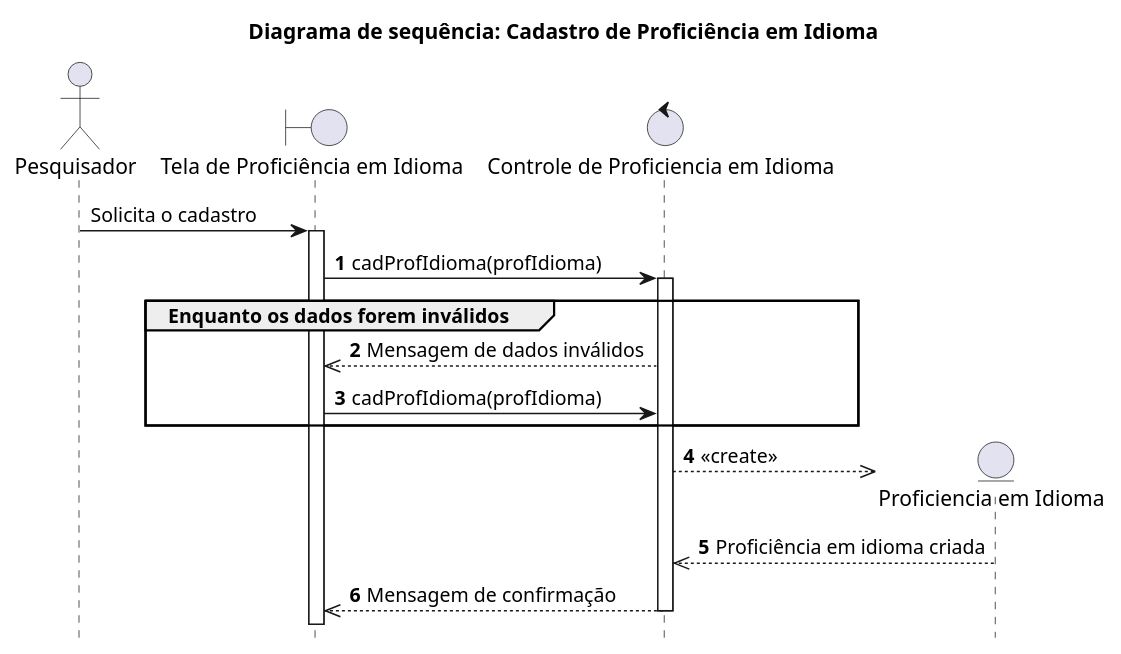
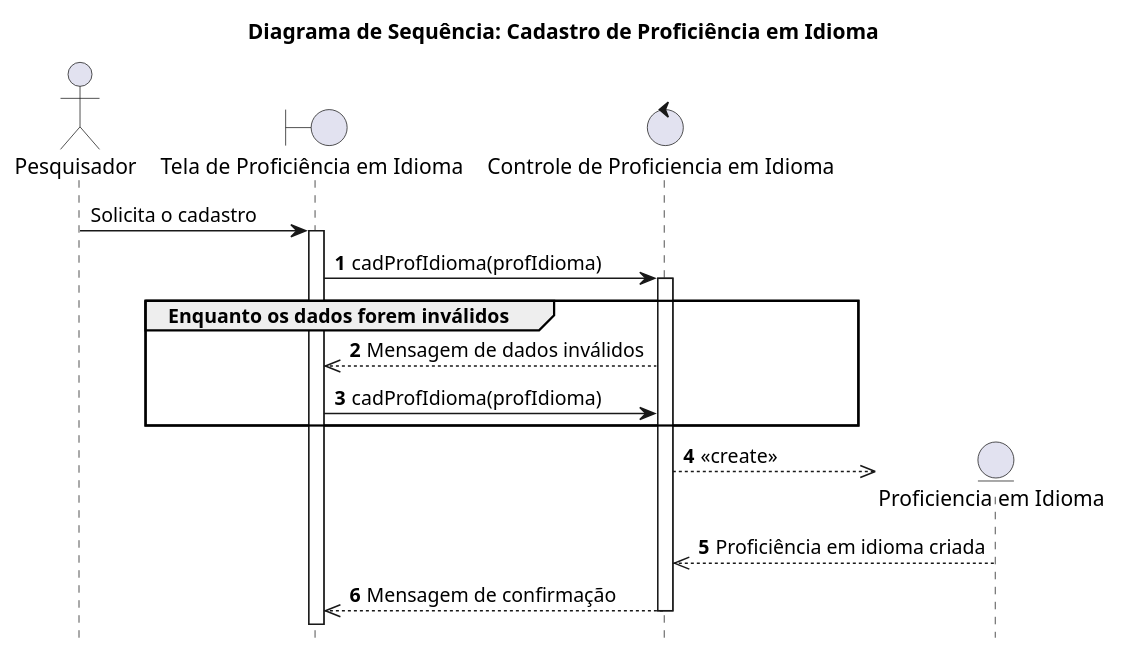
The diagram in Diagramas/Idioma/cadastrarIdioma.wsd (WellingtonFelipeLS/Lattes-Simplificado), drawn with PlantUML before and after one commit. The commit also changed 22 other files, not shown here.

Commit message:
Atualização dos diagrams

```diff
--- a/Diagramas/Idioma/cadastrarIdioma.wsd
+++ b/Diagramas/Idioma/cadastrarIdioma.wsd
@@ -1,24 +1,24 @@
 @startuml DiagramaCadastrarIdioma
-title "Diagrama de sequência: Cadastro de Proficiência em Idioma"
+title "Diagrama de Sequência: Cadastro de Proficiência em Idioma"
 hide footbox
 
 actor "Pesquisador" as Pesquisador
 boundary "Tela de Proficiência em Idioma" as UIProficienciaIdioma
 control "Controle de Proficiencia em Idioma" as ControleProficienciaIdioma
 entity "Proficiencia em Idioma" as ProficienciaIdioma
 
 Pesquisador -> UIProficienciaIdioma++: Solicita o cadastro
 
 autonumber
 UIProficienciaIdioma -> ControleProficienciaIdioma++: cadProfIdioma(profIdioma)
 
 group Enquanto os dados forem inválidos
 ControleProficienciaIdioma -->> UIProficienciaIdioma: Mensagem de dados inválidos
 UIProficienciaIdioma -> ControleProficienciaIdioma: cadProfIdioma(profIdioma)
 end
 
 ControleProficienciaIdioma -->> ProficienciaIdioma **: <<create>>
 ProficienciaIdioma -->> ControleProficienciaIdioma: Proficiência em idioma criada
 ControleProficienciaIdioma -->> UIProficienciaIdioma --: Mensagem de confirmação
 autonumber stop
 @enduml
```
